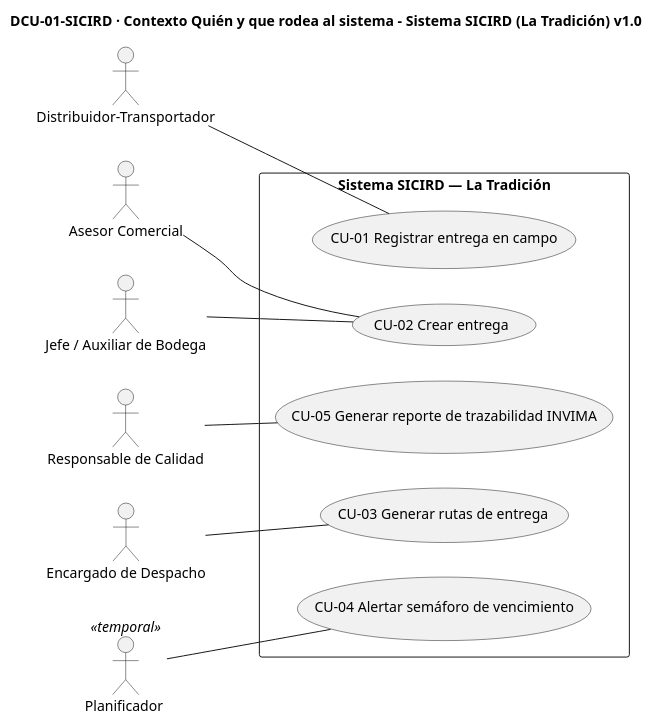
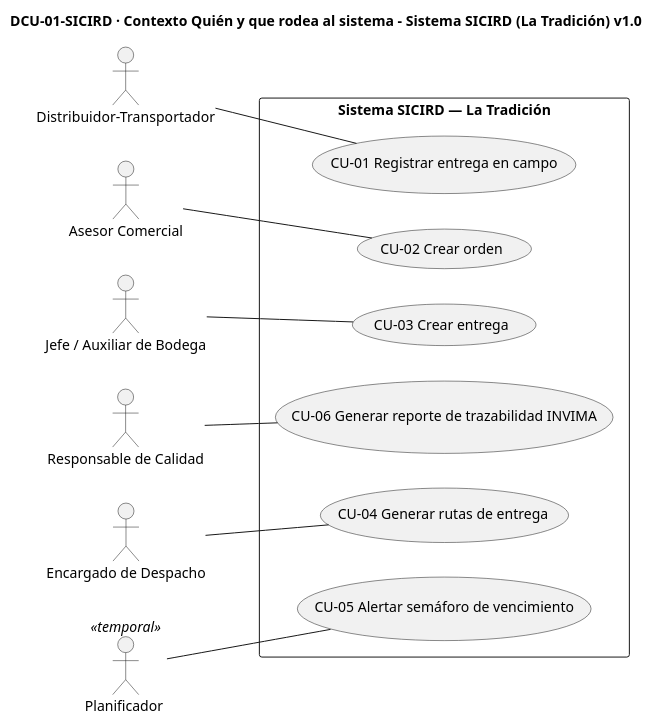
Before and after one commit to Kriner2005/2026-2-IReq-Grupo03: the diagram in DCU-SICIRD.puml, drawn with PlantUML. The commit also changed 4 other files, not shown here.

Commit message:
Some changes in diagrams

```diff
--- a/DCU-SICIRD.puml
+++ b/DCU-SICIRD.puml
@@ -1,30 +1,31 @@
 @startuml DCU-01-SICIRD
 title DCU-01-SICIRD · Contexto Quién y que rodea al sistema - Sistema SICIRD (La Tradición) v1.0
 left to right direction
 
 actor "Distribuidor-Transportador" as CON
 actor "Asesor Comercial" as COM
 actor "Jefe / Auxiliar de Bodega" as BOD 
 actor "Responsable de Calidad" as CAL
 actor "Encargado de Despacho" as DES
 actor "Planificador " as TIME <<temporal>>
 
 
 rectangle "Sistema SICIRD — La Tradición" {
   usecase "CU-01 Registrar entrega en campo" as CU01
-  usecase "CU-02 Crear entrega" as CU02
-  usecase "CU-03 Generar rutas de entrega" as CU03
-  usecase "CU-04 Alertar semáforo de vencimiento" as CU04
-  usecase "CU-05 Generar reporte de trazabilidad INVIMA" as CU05
+  usecase "CU-02 Crear orden" as CU02
+  usecase "CU-03 Crear entrega" as CU03
+  usecase "CU-04 Generar rutas de entrega" as CU04
+  usecase "CU-05 Alertar semáforo de vencimiento" as CU05
+  usecase "CU-06 Generar reporte de trazabilidad INVIMA" as CU06
   }
 
 CON -- CU01
 COM -- CU02
-BOD -- CU02
-CAL -- CU05
-DES -- CU03
-TIME -- CU04
+BOD -- CU03
+CAL -- CU06
+DES -- CU04
+TIME -- CU05
 
 
 
 @enduml
```
